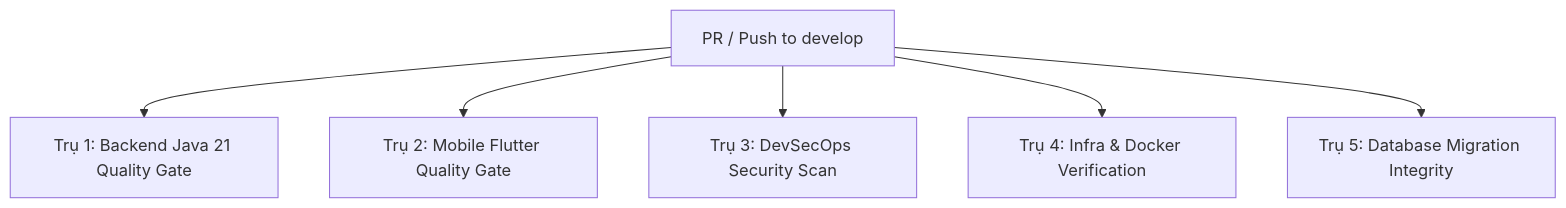
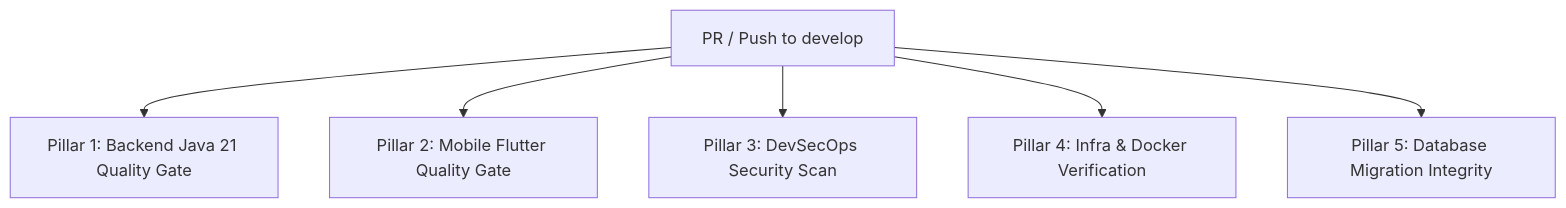
Before and after one commit to Varian08/smart-local-planner: the diagram in .github/CI_ROADMAP.md, drawn with Mermaid. The commit also changed other lines of this file and 1 other file, not shown here.

````diff
--- a/.github/CI_ROADMAP.md
+++ b/.github/CI_ROADMAP.md
@@ -107,8 +108,8 @@
 ```mermaid
 graph TD
-    Trigger[PR / Push to develop] --> P1[Trụ 1: Backend Java 21 Quality Gate]
-    Trigger --> P2[Trụ 2: Mobile Flutter Quality Gate]
-    Trigger --> P3[Trụ 3: DevSecOps Security Scan]
-    Trigger --> P4[Trụ 4: Infra & Docker Verification]
-    Trigger --> P5[Trụ 5: Database Migration Integrity]
+    Trigger[PR / Push to develop] --> P1[Pillar 1: Backend Java 21 Quality Gate]
+    Trigger --> P2[Pillar 2: Mobile Flutter Quality Gate]
+    Trigger --> P3[Pillar 3: DevSecOps Security Scan]
+    Trigger --> P4[Pillar 4: Infra & Docker Verification]
+    Trigger --> P5[Pillar 5: Database Migration Integrity]
 ```
````
